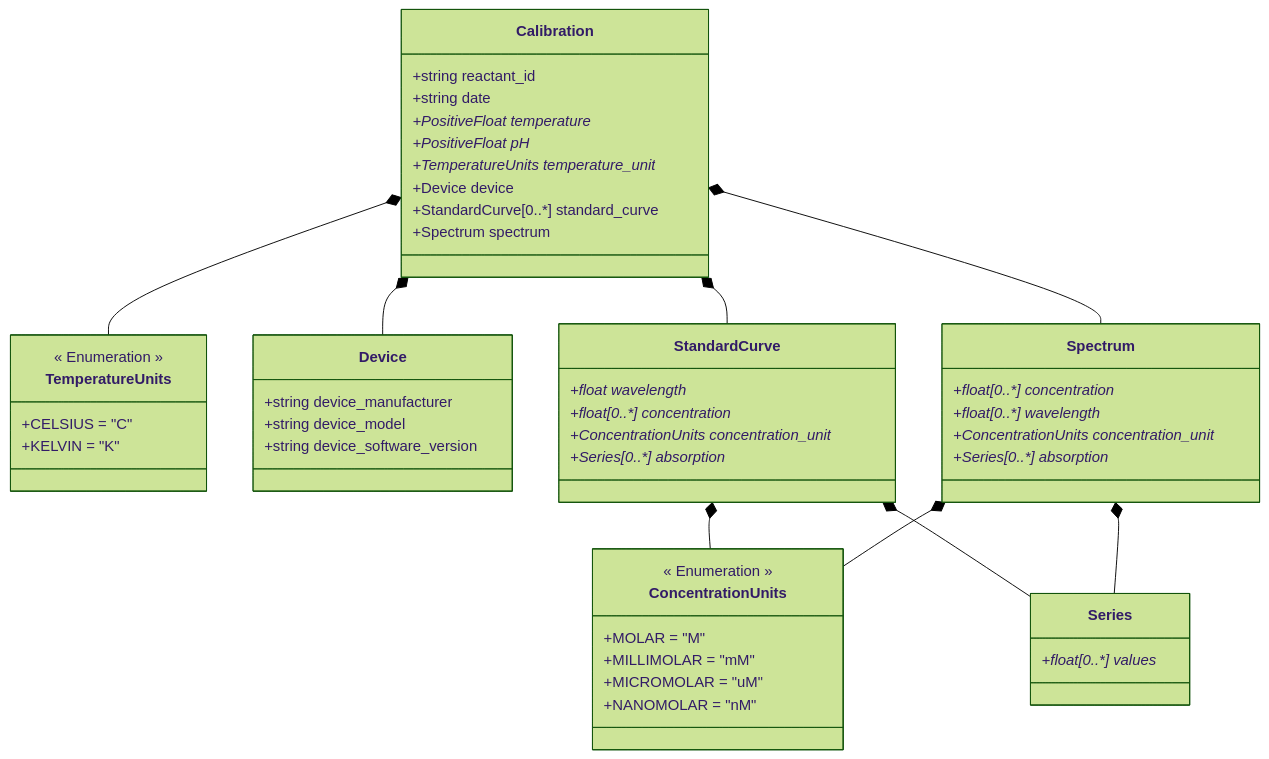
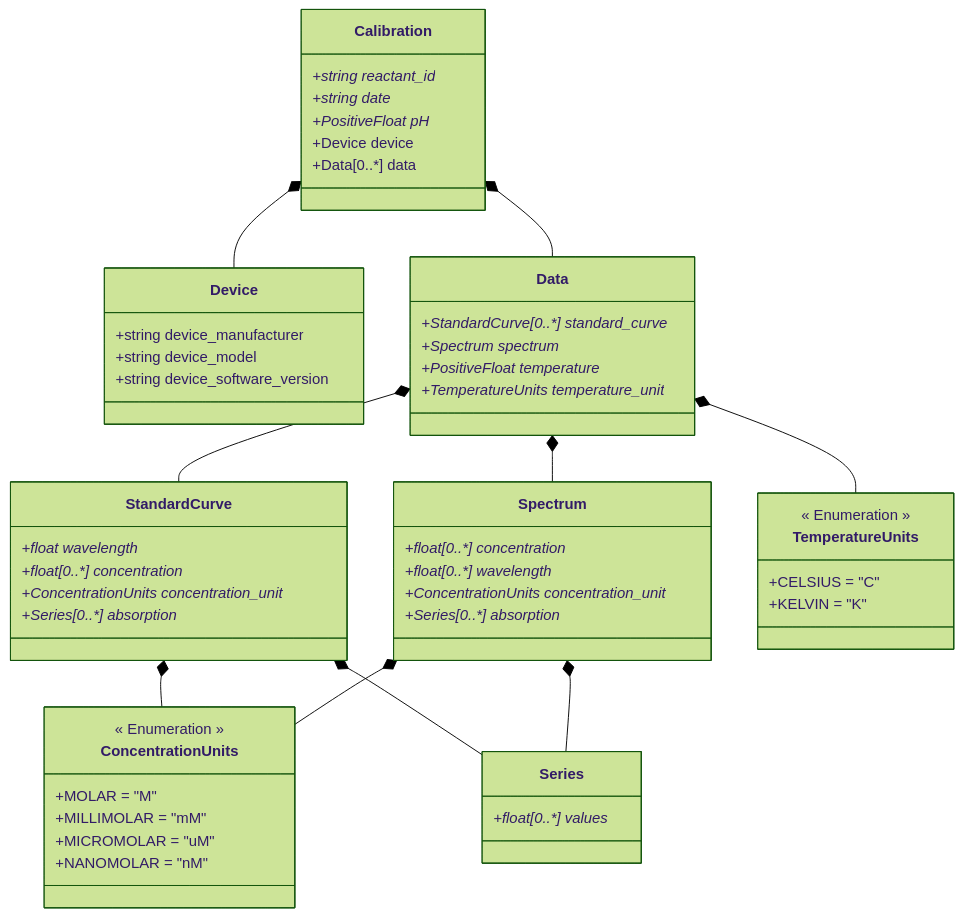
One commit to FAIRChemistry/datamodel_calibration changed the diagram in datamodel_calibration/schemes/CalibrationDatamodel.md. Above: the diagram before and after it, drawn with Mermaid (forest theme). The commit also changed 4 other files, not shown here.

````diff
--- a/datamodel_calibration/schemes/CalibrationDatamodel.md
+++ b/datamodel_calibration/schemes/CalibrationDatamodel.md
@@ -1,61 +1,66 @@
 ```mermaid
 classDiagram
-    Calibration *-- TemperatureUnits
     Calibration *-- Device
-    Calibration *-- StandardCurve
-    Calibration *-- Spectrum
+    Calibration *-- Data
+    Data *-- StandardCurve
+    Data *-- Spectrum
+    Data *-- TemperatureUnits
     StandardCurve *-- ConcentrationUnits
     StandardCurve *-- Series
     Spectrum *-- ConcentrationUnits
     Spectrum *-- Series
     
     class Calibration {
-        +string reactant_id
-        +string date
-        +PositiveFloat temperature*
+        +string reactant_id*
+        +string date*
         +PositiveFloat pH*
-        +TemperatureUnits temperature_unit*
         +Device device
-        +StandardCurve[0..*] standard_curve
-        +Spectrum spectrum
+        +Data[0..*] data
     }
     
     class Device {
         +string device_manufacturer
         +string device_model
         +string device_software_version
+    }
+    
+    class Data {
+        +StandardCurve[0..*] standard_curve*
+        +Spectrum spectrum*
+        +PositiveFloat temperature*
+        +TemperatureUnits temperature_unit*
     }
     
     class StandardCurve {
         +float wavelength*
         +float[0..*] concentration*
         +ConcentrationUnits concentration_unit*
         +Series[0..*] absorption*
     }
     
     class Spectrum {
         +float[0..*] concentration*
         +float[0..*] wavelength*
         +ConcentrationUnits concentration_unit*
         +Series[0..*] absorption*
     }
     
     class Series {
         +float[0..*] values*
     }
     
     class TemperatureUnits {
         << Enumeration >>
         +CELSIUS = "C"
         +KELVIN = "K"
     }
     
     class ConcentrationUnits {
         << Enumeration >>
         +MOLAR = "M"
         +MILLIMOLAR = "mM"
         +MICROMOLAR = "uM"
         +NANOMOLAR = "nM"
     }
     
 ```
````
